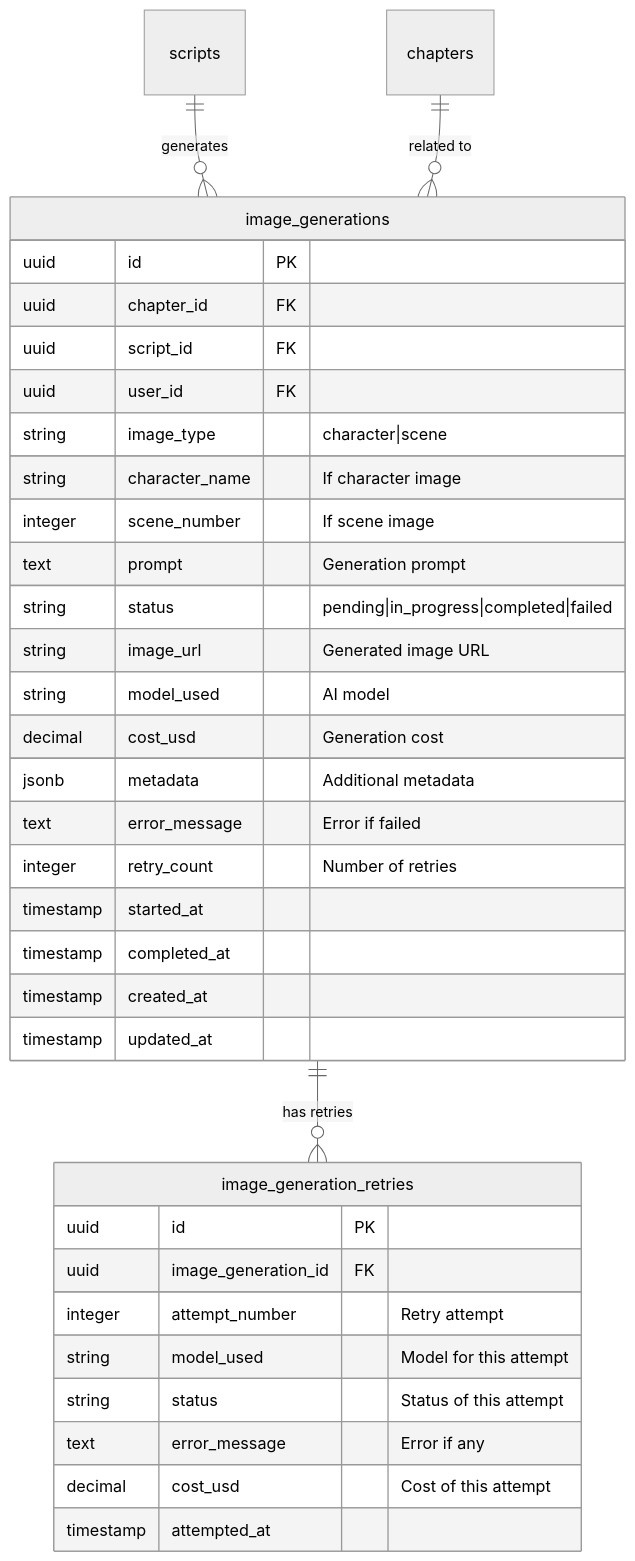
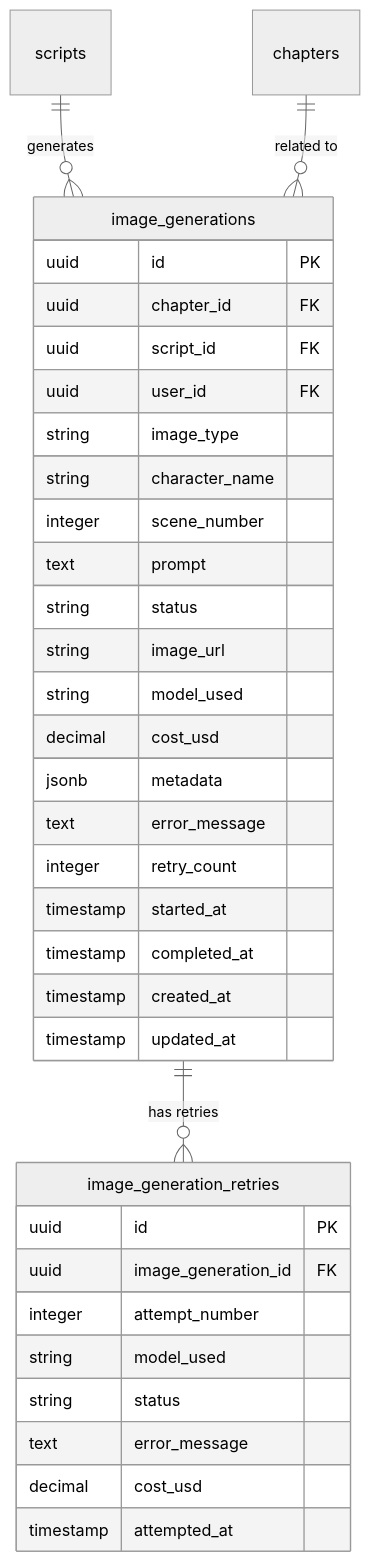
One commit to iamade/litinkapp changed the fifth of 9 diagrams in new-full-architecture/ERD.md. Above: the diagram before and after it, drawn with Mermaid (neutral theme). The commit also changed other lines of this file and 2 other files, not shown here.

Commit message:
schema changed

````diff
--- a/new-full-architecture/ERD.md
+++ b/new-full-architecture/ERD.md
@@ -353,39 +353,39 @@
 ```mermaid
 erDiagram
     scripts ||--o{ image_generations : "generates"
     chapters ||--o{ image_generations : "related to"
     image_generations ||--o{ image_generation_retries : "has retries"
     
     image_generations {
         uuid id PK
         uuid chapter_id FK
         uuid script_id FK
         uuid user_id FK
-        string image_type "character|scene"
-        string character_name "If character image"
-        integer scene_number "If scene image"
-        text prompt "Generation prompt"
-        string status "pending|in_progress|completed|failed"
-        string image_url "Generated image URL"
-        string model_used "AI model"
-        decimal cost_usd "Generation cost"
-        jsonb metadata "Additional metadata"
-        text error_message "Error if failed"
-        integer retry_count "Number of retries"
+        string image_type
+        string character_name
+        integer scene_number
+        text prompt
+        string status
+        string image_url
+        string model_used
+        decimal cost_usd
+        jsonb metadata
+        text error_message
+        integer retry_count
         timestamp started_at
         timestamp completed_at
         timestamp created_at
         timestamp updated_at
     }
     
     image_generation_retries {
         uuid id PK
         uuid image_generation_id FK
-        integer attempt_number "Retry attempt"
-        string model_used "Model for this attempt"
-        string status "Status of this attempt"
-        text error_message "Error if any"
-        decimal cost_usd "Cost of this attempt"
+        integer attempt_number
+        string model_used
+        string status
+        text error_message
+        decimal cost_usd
         timestamp attempted_at
     }
 ```
````
